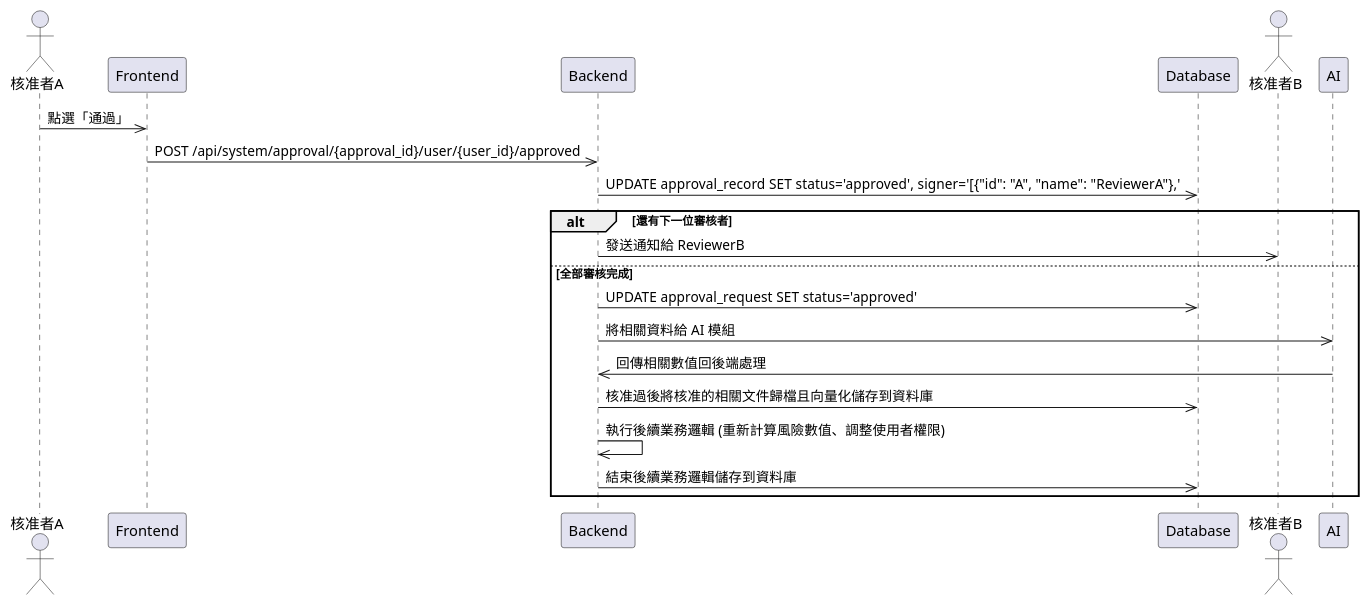
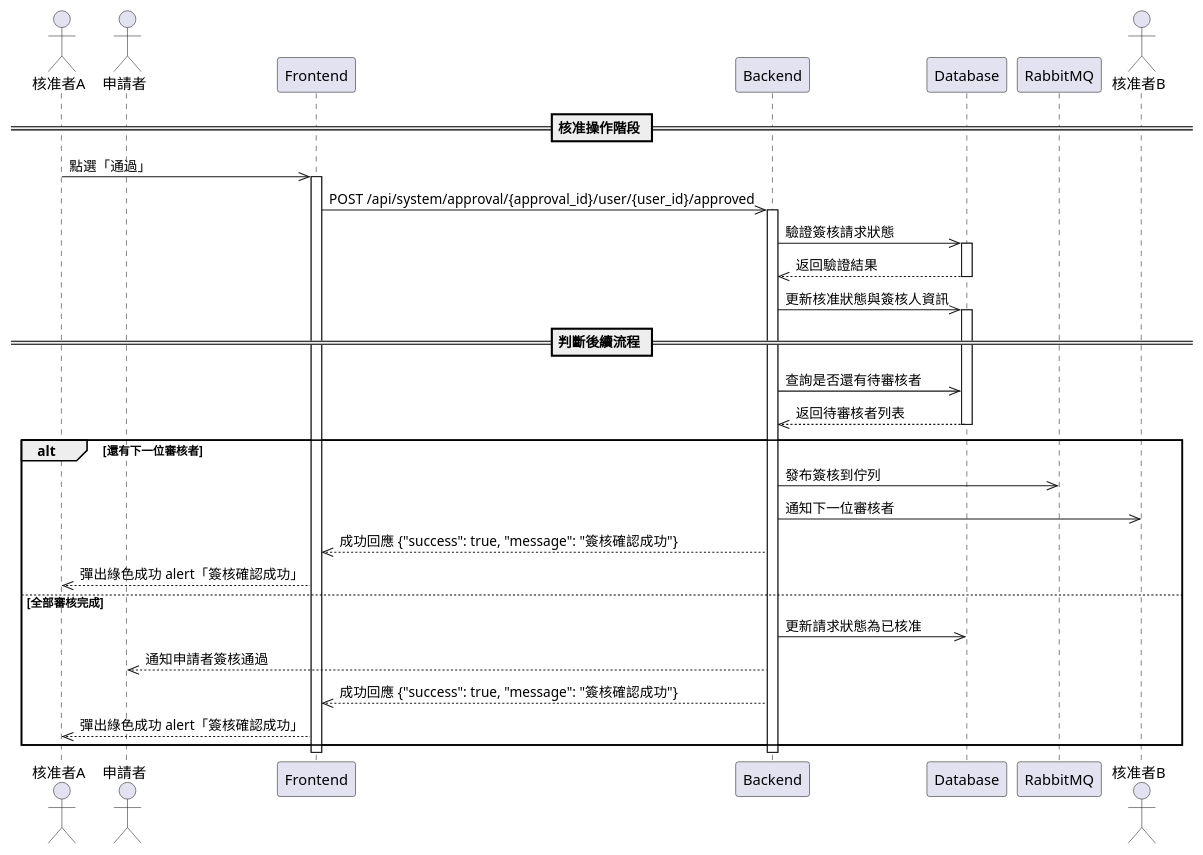
Before and after one commit to walle45611/NTUB_SecuManag_Diagram: the diagram in plantUML/sequence/approval_allow.puml, drawn with PlantUML. The commit also changed 18 other files, not shown here.

First line of the commit message:
(modify): 循序圖調整 (#73)

```diff
--- a/plantUML/sequence/approval_allow.puml
+++ b/plantUML/sequence/approval_allow.puml
@@ -1,23 +1,45 @@
 @startuml
 
 actor ReviewerA as "核准者A"
+actor Requester as "申請者"
 participant Frontend
 participant Backend
 participant Database
+participant RabbitMQ
 actor ReviewerB as "核准者B"
 
+== 核准操作階段 ==
 ReviewerA ->> Frontend: 點選「通過」
+activate Frontend
 Frontend ->> Backend: POST /api/system/approval/{approval_id}/user/{user_id}/approved
-Backend ->> Database: UPDATE approval_record SET status='approved', signer='[{"id": "A", "name": "ReviewerA"},'
+activate Backend
+Backend ->> Database: 驗證簽核請求狀態
+activate Database
+Database -->> Backend: 返回驗證結果
+deactivate Database
+Backend ->> Database: 更新核准狀態與簽核人資訊
+activate Database
+
+== 判斷後續流程 ==
+Backend ->> Database: 查詢是否還有待審核者
+Database -->> Backend: 返回待審核者列表
 
 alt 還有下一位審核者
-    Backend ->> ReviewerB: 發送通知給 ReviewerB
+    deactivate Database
+    Backend ->> RabbitMQ: 發布簽核到佇列
+    Backend ->> ReviewerB: 通知下一位審核者
+    Backend -->> Frontend: 成功回應 {"success": true, "message": "簽核確認成功"}
+    Frontend -->> ReviewerA: 彈出綠色成功 alert「簽核確認成功」
+
 else 全部審核完成
-    Backend ->> Database: UPDATE approval_request SET status='approved'
-    Backend ->> AI :將相關資料給 AI 模組
-    AI ->> Backend : 回傳相關數值回後端處理
-    Backend ->> Database: 核准過後將核准的相關文件歸檔且向量化儲存到資料庫
-    Backend ->> Backend: 執行後續業務邏輯 (重新計算風險數值、調整使用者權限)
-    Backend ->> Database: 結束後續業務邏輯儲存到資料庫
+    Backend ->> Database: 更新請求狀態為已核准
+    deactivate Database
+    Backend -->> Requester: 通知申請者簽核通過
+    Backend -->> Frontend: 成功回應 {"success": true, "message": "簽核確認成功"}
+    Frontend -->> ReviewerA: 彈出綠色成功 alert「簽核確認成功」
 end
+
+deactivate Backend
+deactivate Frontend
+
 @enduml
```
